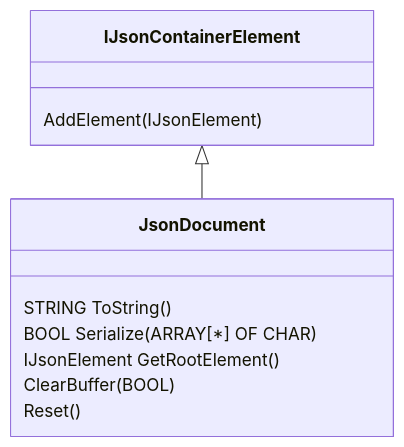
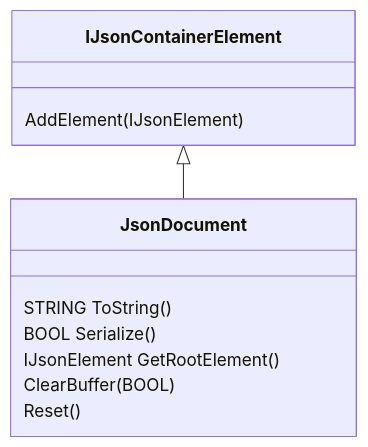
One commit to simatic-ax/json changed the diagram in docs/JsonDocument.md. Above: the diagram before and after it, drawn with Mermaid. The commit also changed other lines of this file and 1 other file, not shown here.

````diff
--- a/docs/JsonDocument.md
+++ b/docs/JsonDocument.md
@@ -8,11 +8,11 @@
 ```mermaid
 classDiagram
 IJsonContainerElement<|--JsonDocument
 IJsonContainerElement : AddElement(IJsonElement)
 JsonDocument : STRING ToString()
-JsonDocument : BOOL Serialize(ARRAY[*] OF CHAR)
+JsonDocument : BOOL Serialize()
 JsonDocument : IJsonElement GetRootElement()
 JsonDocument : ClearBuffer(BOOL)
 JsonDocument : Reset()
 
 ```
````
